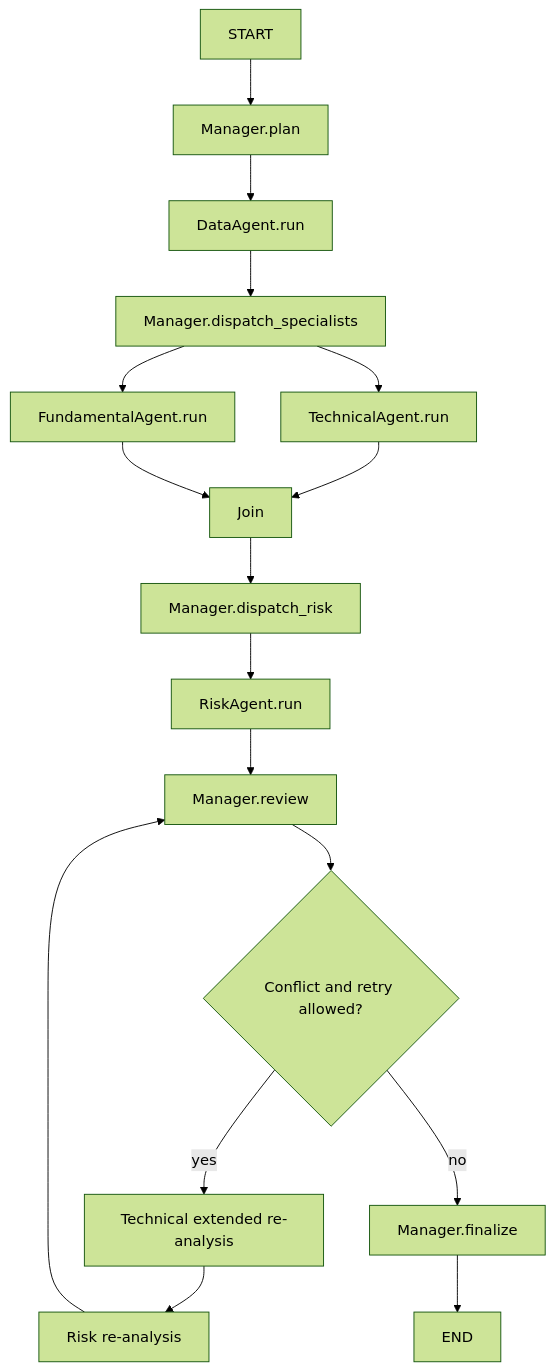
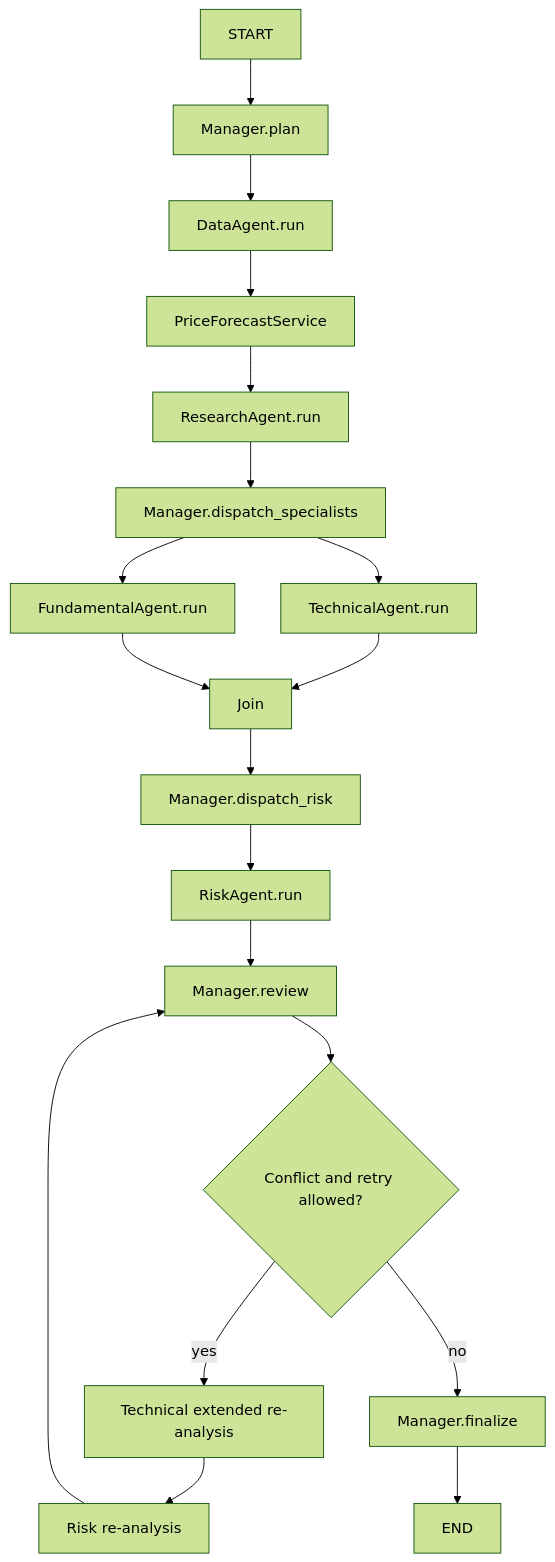
Before and after one commit to Dung1604005/vietnam-stock-research-agent: the second of 2 diagrams in docs/current-architecture.md, drawn with Mermaid (forest theme). The commit also changed other lines of this file and 27 other files, not shown here.

Commit message:
feat: strengthen agent contracts and research workflow

````diff
--- a/docs/current-architecture.md
+++ b/docs/current-architecture.md
@@ -107,19 +109,21 @@
 ```mermaid
 flowchart TD
     S[START] --> MP[Manager.plan]
     MP --> D[DataAgent.run]
-    D --> DS[Manager.dispatch_specialists]
+    D --> PF[PriceForecastService]
+    PF --> RA[ResearchAgent.run]
+    RA --> DS[Manager.dispatch_specialists]
     DS --> T[TechnicalAgent.run]
     DS --> F[FundamentalAgent.run]
     T --> J[Join]
     F --> J
     J --> DR[Manager.dispatch_risk]
     DR --> R[RiskAgent.run]
     R --> MR[Manager.review]
     MR --> C{Conflict and retry allowed?}
     C -->|yes| TR[Technical extended re-analysis]
     TR --> RR[Risk re-analysis]
     RR --> MR
     C -->|no| FIN[Manager.finalize]
     FIN --> E[END]
 ```
````
